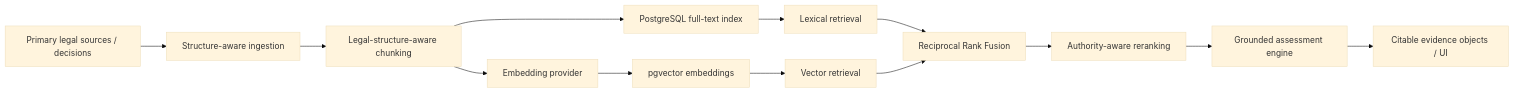
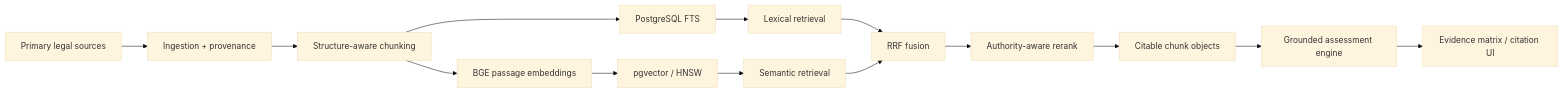
One commit to razaumair2203-ux/Pub-JobLooper changed the diagram in portfolio/lodestar-rag.md. Above: the diagram before and after it, drawn with Mermaid (base theme). The commit also changed other lines of this file, not shown here.

Commit message:
Deepen Lodestar case study with real code, metrics and failure evidence

````diff
--- a/portfolio/lodestar-rag.md
+++ b/portfolio/lodestar-rag.md
@@ -15,15 +20,16 @@
 ```mermaid
 flowchart LR
-    A[Primary legal sources / decisions] --> B[Structure-aware ingestion]
-    B --> C[Legal-structure-aware chunking]
-    C --> D[Embedding provider]
-    C --> E[PostgreSQL full-text index]
-    D --> F[pgvector embeddings]
+    A[Primary legal sources] --> B[Ingestion + provenance]
+    B --> C[Structure-aware chunking]
+    C --> D[BGE passage embeddings]
+    C --> E[PostgreSQL FTS]
+    D --> F[pgvector / HNSW]
     E --> G[Lexical retrieval]
-    F --> H[Vector retrieval]
-    G --> I[Reciprocal Rank Fusion]
+    F --> H[Semantic retrieval]
+    G --> I[RRF fusion]
     H --> I
-    I --> J[Authority-aware reranking]
-    J --> K[Grounded assessment engine]
-    K --> L[Citable evidence objects / UI]
+    I --> J[Authority-aware rerank]
+    J --> K[Citable chunk objects]
+    K --> L[Grounded assessment engine]
+    L --> M[Evidence matrix / citation UI]
 ```
````
